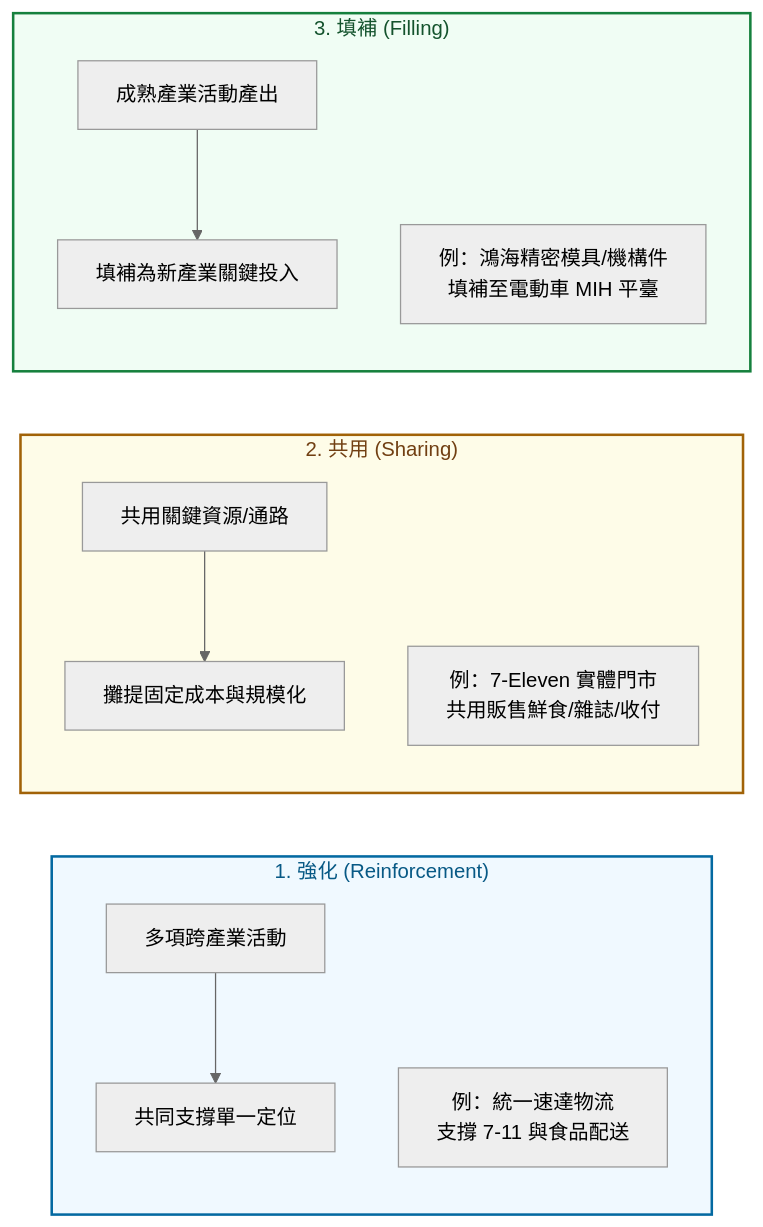
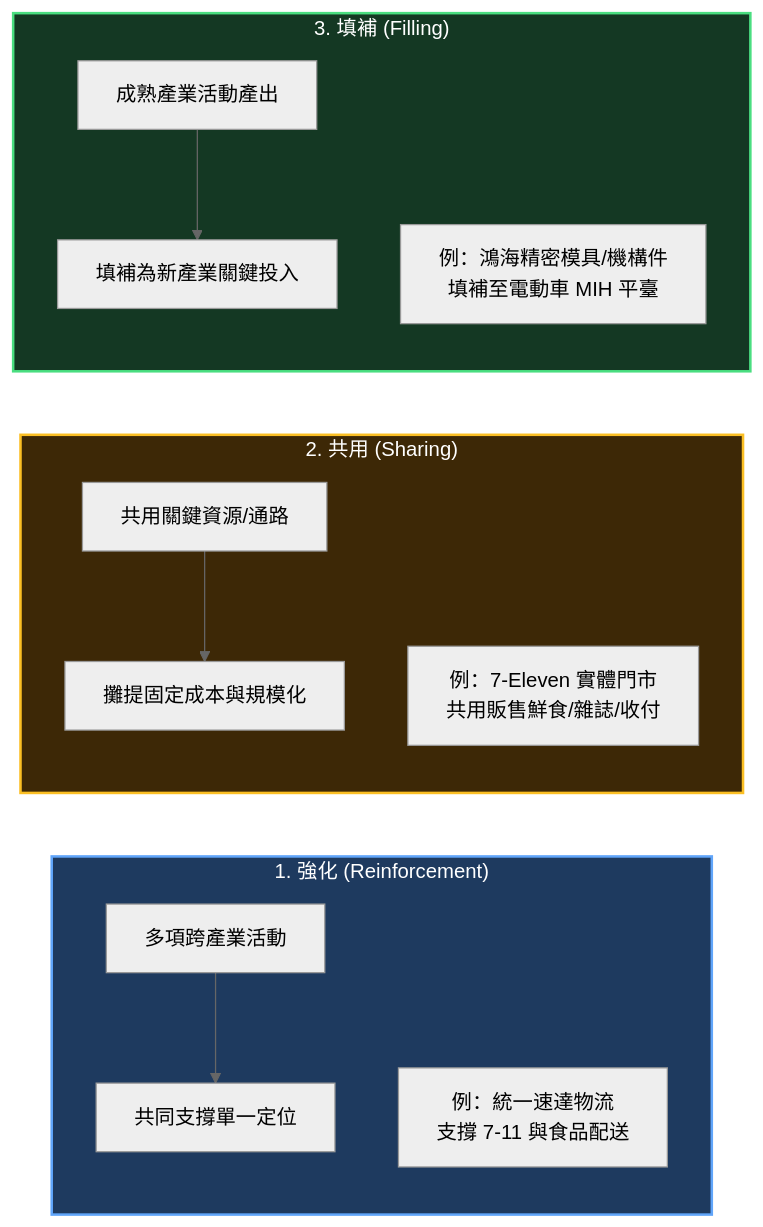
Before and after one commit to Jimlin0428/my-digital-garden: the fourth of 6 diagrams in src/site/notes/98_商業概念庫/value-system_產業價值體系.md, drawn with Mermaid (neutral theme). The commit also changed other lines of this file and 58 other files, not shown here.

````diff
--- a/src/site/notes/98_商業概念庫/value-system_產業價值體系.md
+++ b/src/site/notes/98_商業概念庫/value-system_產業價值體系.md
@@ -298,21 +292,21 @@
 ```mermaid
 flowchart LR
     subgraph Reinforcement ["1. 強化 (Reinforcement)"]
         R1["多項跨產業活動"] --> R2["共同支撐單一定位"]
         R3["例：統一速達物流<br/>支撐 7-11 與食品配送"]
     end
 
     subgraph Sharing ["2. 共用 (Sharing)"]
         S1["共用關鍵資源/通路"] --> S2["攤提固定成本與規模化"]
         S3["例：7-Eleven 實體門市<br/>共用販售鮮食/雜誌/收付"]
     end
 
     subgraph Filling ["3. 填補 (Filling)"]
         F1["成熟產業活動產出"] --> F2["填補為新產業關鍵投入"]
         F3["例：鴻海精密模具/機構件<br/>填補至電動車 MIH 平臺"]
     end
 
-    style Reinforcement fill:#f0f9ff,stroke:#0369a1,stroke-width:2px,color:#075985
-    style Sharing fill:#fefce8,stroke:#a16207,stroke-width:2px,color:#713f12
-    style Filling fill:#f0fdf4,stroke:#15803d,stroke-width:2px,color:#14532d
+    style Reinforcement fill:#1e3a5f,stroke:#60a5fa,stroke-width:2px,color:#ffffff
+    style Sharing fill:#3d2806,stroke:#fbbf24,stroke-width:2px,color:#ffffff
+    style Filling fill:#143823,stroke:#4ade80,stroke-width:2px,color:#ffffff
 ```
````
